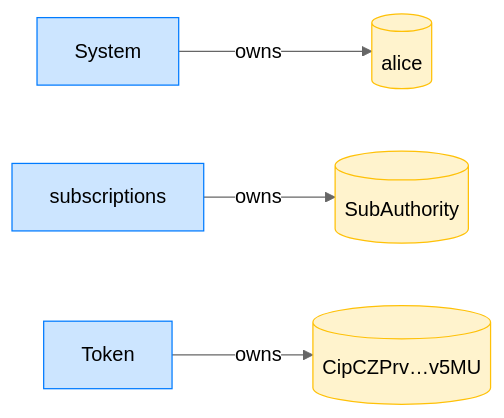
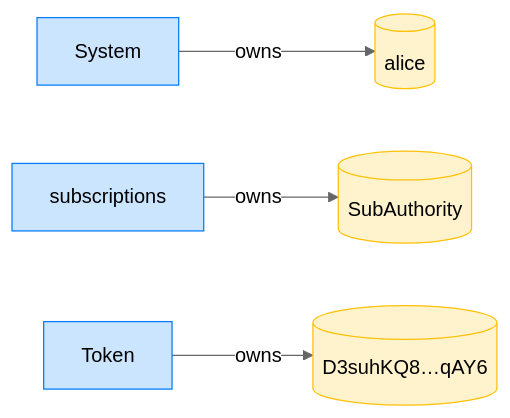
Before and after one commit to cds-rs/subscriptions: the fourth of 4 diagrams in dsl_tests/a-non-owner-cannot-close-the-authority.md, drawn with Mermaid (neutral theme). The commit also changed other lines of this file and 224 other files, not shown here.

````diff
--- a/dsl_tests/a-non-owner-cannot-close-the-authority.md
+++ b/dsl_tests/a-non-owner-cannot-close-the-authority.md
@@ -71,14 +76,14 @@
 ```mermaid
 flowchart LR
     classDef owner fill:#cce5ff,stroke:#007bff;
     classDef account fill:#fff3cd,stroke:#ffc107;
     System[System]:::owner
     alice[(alice)]:::account
     subscriptions[subscriptions]:::owner
     SubAuthority[(SubAuthority)]:::account
     Token[Token]:::owner
-    CipCZPrv_v5MU[("CipCZPrv…v5MU")]:::account
+    D3suhKQ8_qAY6[("D3suhKQ8…qAY6")]:::account
     System -->|owns| alice
     subscriptions -->|owns| SubAuthority
-    Token -->|owns| CipCZPrv_v5MU
+    Token -->|owns| D3suhKQ8_qAY6
 ```
````
